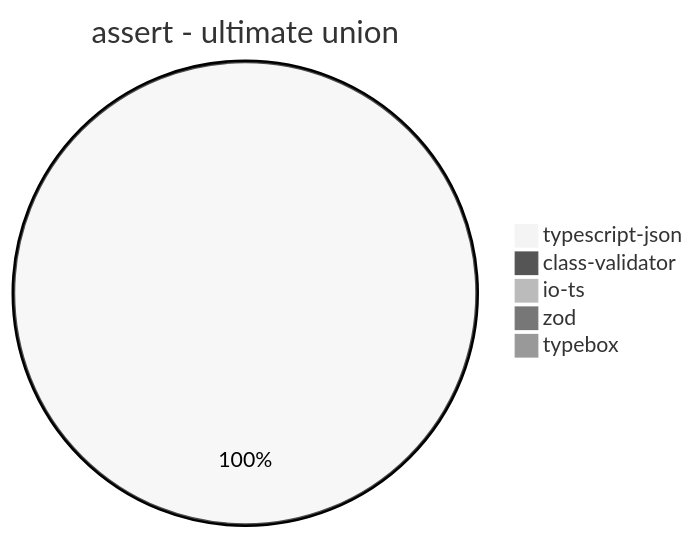
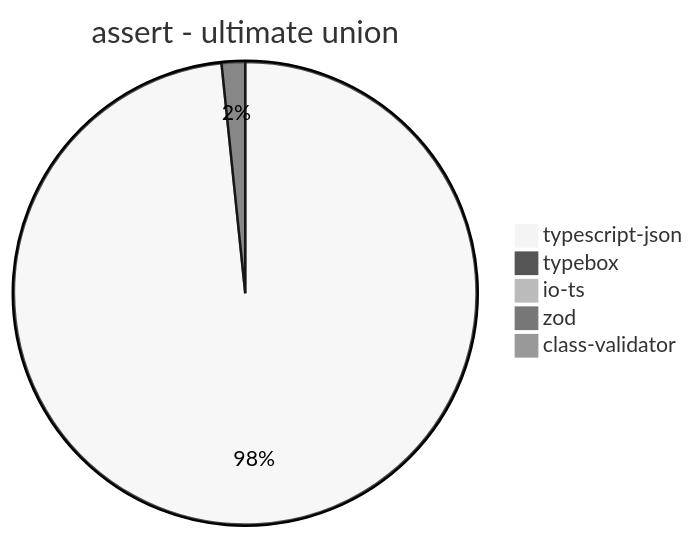
Diagram 16 of 39 in benchmark/results/AMD Ryzen 7 5800H with Radeon Graphics.md (samchon/typia), drawn with Mermaid (neutral theme) before and after one commit. The commit also changed other lines of this file and 7 other files, not shown here.

````diff
--- a/benchmark/results/AMD Ryzen 7 5800H with Radeon Graphics.md
+++ b/benchmark/results/AMD Ryzen 7 5800H with Radeon Graphics.md
@@ -196,8 +196,8 @@
 ```mermaid
 pie title assert - ultimate union
-  "typescript-json": 270.74781367124757
+  "typescript-json": 258.5804132973944
+  "typebox": 4.31111909466499
+  "io-ts": 0
+  "zod": 0.35448422545196734
   "class-validator": 0
-  "io-ts": 0
-  "zod": 0
-  "typebox": 0
 ```
````
